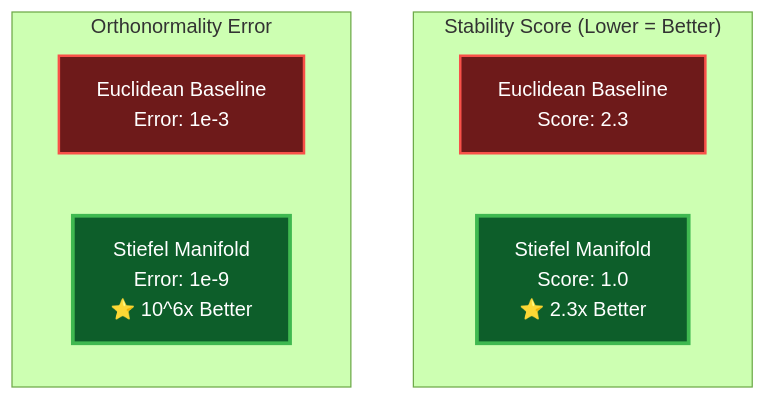
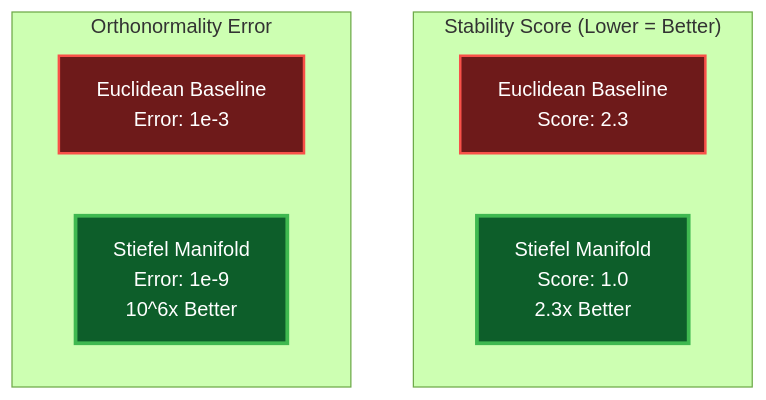
One commit to Koussaisalem/algo changed the fourth of 5 diagrams in README.md. Above: the diagram before and after it, drawn with Mermaid (forest theme). The commit also changed other lines of this file and 1 other file, not shown here.

````diff
--- a/README.md
+++ b/README.md
@@ -335,17 +335,17 @@
 ```mermaid
 graph TB
-    subgraph "Stability Score (Lower = Better)"
-        E1[Euclidean Baseline<br/>Score: 2.3]
-        S1[Stiefel Manifold<br/>Score: 1.0<br/>⭐ 2.3x Better]
-    end
-    
-    subgraph "Orthonormality Error"
-        E2[Euclidean Baseline<br/>Error: 1e-3]
-        S2[Stiefel Manifold<br/>Error: 1e-9<br/>⭐ 10^6x Better]
-    end
-    
-    style E1 fill:#6e1a1a,stroke:#f85149,stroke-width:2px,color:#fff
-    style S1 fill:#0d5e2a,stroke:#3fb950,stroke-width:3px,color:#fff
-    style E2 fill:#6e1a1a,stroke:#f85149,stroke-width:2px,color:#fff
-    style S2 fill:#0d5e2a,stroke:#3fb950,stroke-width:3px,color:#fff
+ subgraph "Stability Score (Lower = Better)"
+ E1[Euclidean Baseline<br/>Score: 2.3]
+ S1[Stiefel Manifold<br/>Score: 1.0<br/>2.3x Better]
+ end
+ 
+ subgraph "Orthonormality Error"
+ E2[Euclidean Baseline<br/>Error: 1e-3]
+ S2[Stiefel Manifold<br/>Error: 1e-9<br/>10^6x Better]
+ end
+ 
+ style E1 fill:#6e1a1a,stroke:#f85149,stroke-width:2px,color:#fff
+ style S1 fill:#0d5e2a,stroke:#3fb950,stroke-width:3px,color:#fff
+ style E2 fill:#6e1a1a,stroke:#f85149,stroke-width:2px,color:#fff
+ style S2 fill:#0d5e2a,stroke:#3fb950,stroke-width:3px,color:#fff
 ```
````
